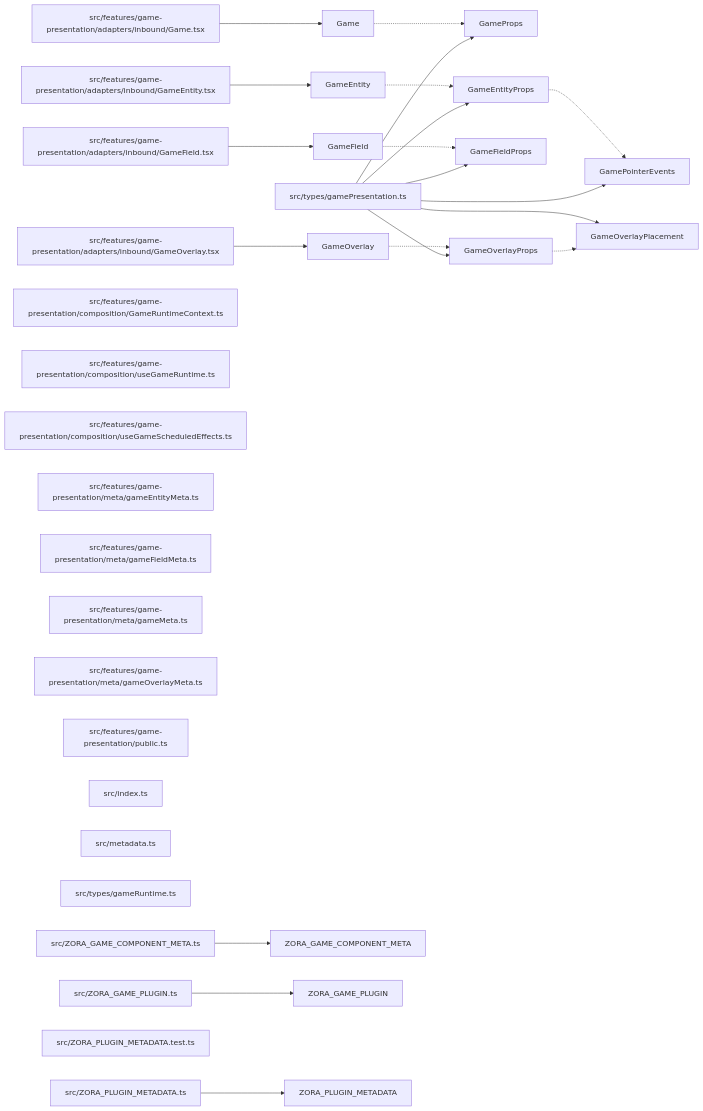
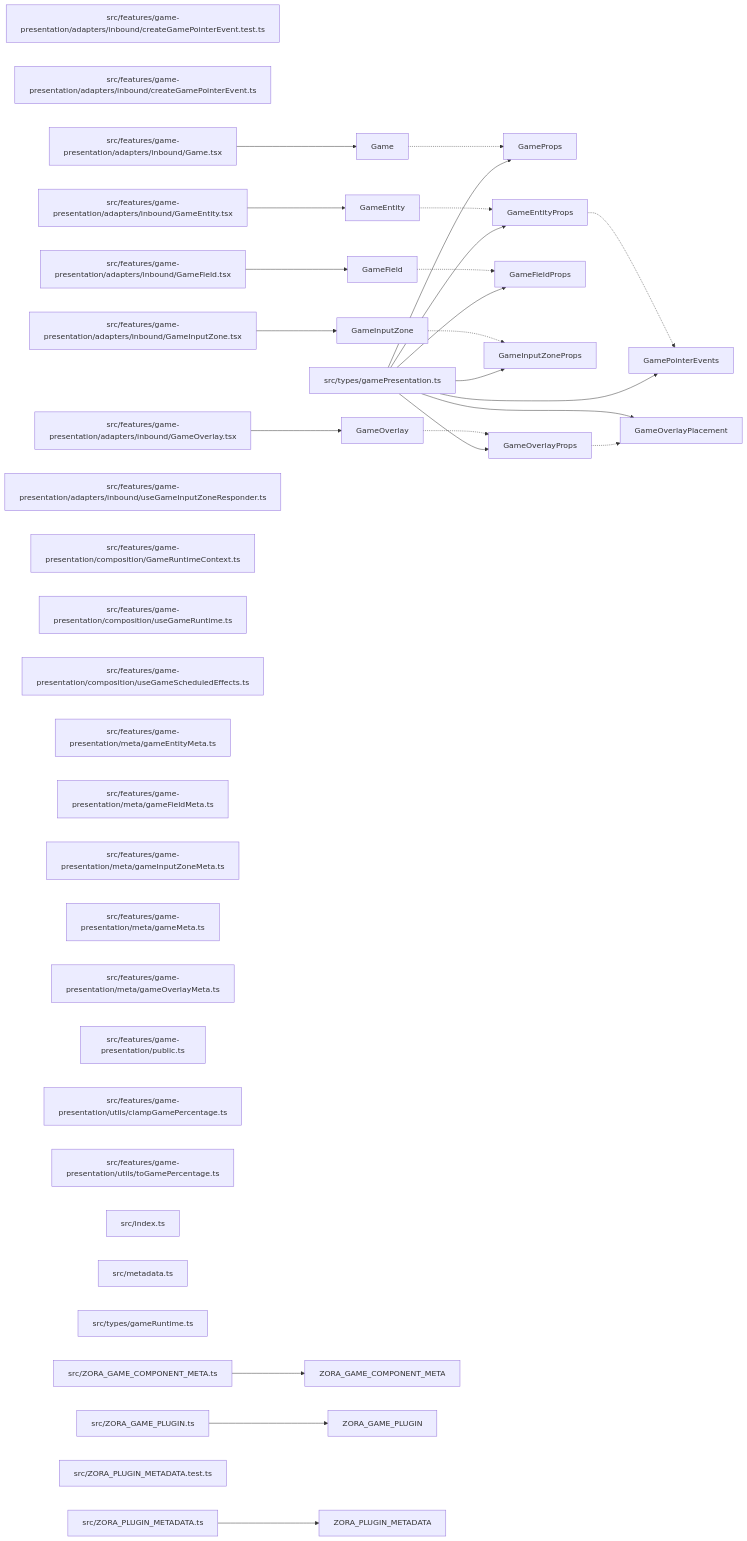
The diagram in paradox/diagrams/export-graph.mmd (ankhorage/zora-game), drawn with Mermaid before and after one commit. The commit also changed 14 other files, not shown here.

```diff
--- a/paradox/diagrams/export-graph.mmd
+++ b/paradox/diagrams/export-graph.mmd
@@ -1,53 +1,65 @@
 graph LR
+  module_src_features_game_presentation_adapters_inbound_createGamePointerEvent_test_ts["src/features/game-presentation/adapters/inbound/createGamePointerEvent.test.ts"]
+  module_src_features_game_presentation_adapters_inbound_createGamePointerEvent_ts["src/features/game-presentation/adapters/inbound/createGamePointerEvent.ts"]
   module_src_features_game_presentation_adapters_inbound_Game_tsx["src/features/game-presentation/adapters/inbound/Game.tsx"]
   module_src_features_game_presentation_adapters_inbound_GameEntity_tsx["src/features/game-presentation/adapters/inbound/GameEntity.tsx"]
   module_src_features_game_presentation_adapters_inbound_GameField_tsx["src/features/game-presentation/adapters/inbound/GameField.tsx"]
+  module_src_features_game_presentation_adapters_inbound_GameInputZone_tsx["src/features/game-presentation/adapters/inbound/GameInputZone.tsx"]
   module_src_features_game_presentation_adapters_inbound_GameOverlay_tsx["src/features/game-presentation/adapters/inbound/GameOverlay.tsx"]
+  module_src_features_game_presentation_adapters_inbound_useGameInputZoneResponder_ts["src/features/game-presentation/adapters/inbound/useGameInputZoneResponder.ts"]
   module_src_features_game_presentation_composition_GameRuntimeContext_ts["src/features/game-presentation/composition/GameRuntimeContext.ts"]
   module_src_features_game_presentation_composition_useGameRuntime_ts["src/features/game-presentation/composition/useGameRuntime.ts"]
   module_src_features_game_presentation_composition_useGameScheduledEffects_ts["src/features/game-presentation/composition/useGameScheduledEffects.ts"]
   module_src_features_game_presentation_meta_gameEntityMeta_ts["src/features/game-presentation/meta/gameEntityMeta.ts"]
   module_src_features_game_presentation_meta_gameFieldMeta_ts["src/features/game-presentation/meta/gameFieldMeta.ts"]
+  module_src_features_game_presentation_meta_gameInputZoneMeta_ts["src/features/game-presentation/meta/gameInputZoneMeta.ts"]
   module_src_features_game_presentation_meta_gameMeta_ts["src/features/game-presentation/meta/gameMeta.ts"]
   module_src_features_game_presentation_meta_gameOverlayMeta_ts["src/features/game-presentation/meta/gameOverlayMeta.ts"]
   module_src_features_game_presentation_public_ts["src/features/game-presentation/public.ts"]
+  module_src_features_game_presentation_utils_clampGamePercentage_ts["src/features/game-presentation/utils/clampGamePercentage.ts"]
+  module_src_features_game_presentation_utils_toGamePercentage_ts["src/features/game-presentation/utils/toGamePercentage.ts"]
   module_src_index_ts["src/index.ts"]
   module_src_metadata_ts["src/metadata.ts"]
   module_src_types_gamePresentation_ts["src/types/gamePresentation.ts"]
   module_src_types_gameRuntime_ts["src/types/gameRuntime.ts"]
   module_src_ZORA_GAME_COMPONENT_META_ts["src/ZORA_GAME_COMPONENT_META.ts"]
   module_src_ZORA_GAME_PLUGIN_ts["src/ZORA_GAME_PLUGIN.ts"]
   module_src_ZORA_PLUGIN_METADATA_test_ts["src/ZORA_PLUGIN_METADATA.test.ts"]
   module_src_ZORA_PLUGIN_METADATA_ts["src/ZORA_PLUGIN_METADATA.ts"]
   export_Game["Game"]
   module_src_features_game_presentation_adapters_inbound_Game_tsx --> export_Game
   export_Game -.-> export_GameProps
   export_GameEntity["GameEntity"]
   module_src_features_game_presentation_adapters_inbound_GameEntity_tsx --> export_GameEntity
   export_GameEntity -.-> export_GameEntityProps
   export_GameEntityProps["GameEntityProps"]
   module_src_types_gamePresentation_ts --> export_GameEntityProps
   export_GameEntityProps -.-> export_GamePointerEvents
   export_GameField["GameField"]
   module_src_features_game_presentation_adapters_inbound_GameField_tsx --> export_GameField
   export_GameField -.-> export_GameFieldProps
   export_GameFieldProps["GameFieldProps"]
   module_src_types_gamePresentation_ts --> export_GameFieldProps
+  export_GameInputZone["GameInputZone"]
+  module_src_features_game_presentation_adapters_inbound_GameInputZone_tsx --> export_GameInputZone
+  export_GameInputZone -.-> export_GameInputZoneProps
+  export_GameInputZoneProps["GameInputZoneProps"]
+  module_src_types_gamePresentation_ts --> export_GameInputZoneProps
   export_GameOverlay["GameOverlay"]
   module_src_features_game_presentation_adapters_inbound_GameOverlay_tsx --> export_GameOverlay
   export_GameOverlay -.-> export_GameOverlayProps
   export_GameOverlayPlacement["GameOverlayPlacement"]
   module_src_types_gamePresentation_ts --> export_GameOverlayPlacement
   export_GameOverlayProps["GameOverlayProps"]
   module_src_types_gamePresentation_ts --> export_GameOverlayProps
   export_GameOverlayProps -.-> export_GameOverlayPlacement
   export_GamePointerEvents["GamePointerEvents"]
   module_src_types_gamePresentation_ts --> export_GamePointerEvents
   export_GameProps["GameProps"]
   module_src_types_gamePresentation_ts --> export_GameProps
   export_ZORA_GAME_COMPONENT_META["ZORA_GAME_COMPONENT_META"]
   module_src_ZORA_GAME_COMPONENT_META_ts --> export_ZORA_GAME_COMPONENT_META
   export_ZORA_GAME_PLUGIN["ZORA_GAME_PLUGIN"]
   module_src_ZORA_GAME_PLUGIN_ts --> export_ZORA_GAME_PLUGIN
   export_ZORA_PLUGIN_METADATA["ZORA_PLUGIN_METADATA"]
   module_src_ZORA_PLUGIN_METADATA_ts --> export_ZORA_PLUGIN_METADATA
```
